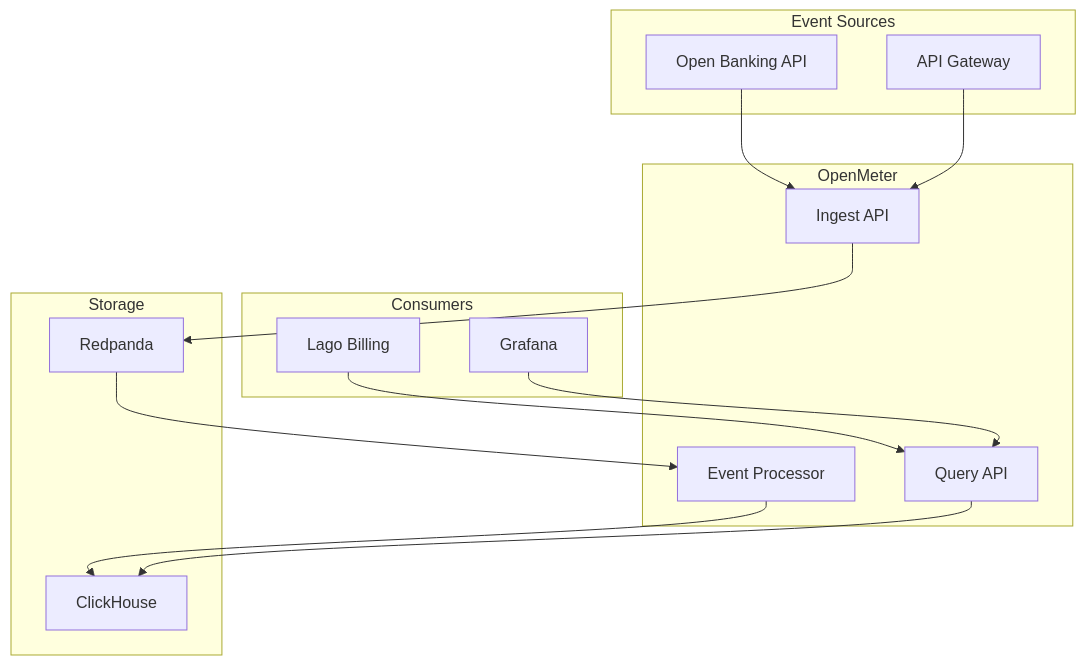
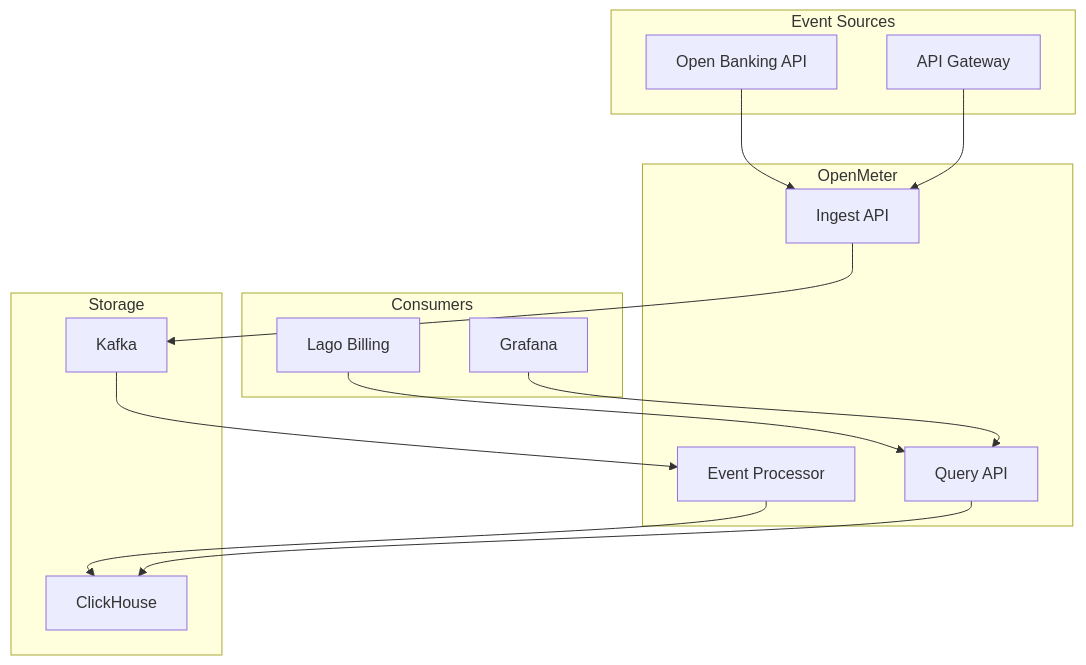
Before and after one commit to openova-io/openova: the first of 3 diagrams in platform/openmeter/README.md, drawn with Mermaid. The commit also changed other lines of this file and 35 other files, not shown here.

````diff
--- a/platform/openmeter/README.md
+++ b/platform/openmeter/README.md
@@ -21,32 +21,32 @@
 ```mermaid
 flowchart TB
     subgraph Sources["Event Sources"]
         API[Open Banking API]
         Gateway[API Gateway]
     end
 
     subgraph OpenMeter["OpenMeter"]
         Ingest[Ingest API]
         Process[Event Processor]
         Query[Query API]
     end
 
     subgraph Storage["Storage"]
-        Kafka[Redpanda]
+        Kafka[Kafka]
         CH[ClickHouse]
     end
 
     subgraph Consumers["Consumers"]
         Lago[Lago Billing]
         Grafana[Grafana]
     end
 
     API --> Ingest
     Gateway --> Ingest
     Ingest --> Kafka
     Kafka --> Process
     Process --> CH
     Query --> CH
     Lago --> Query
     Grafana --> Query
 ```
````
